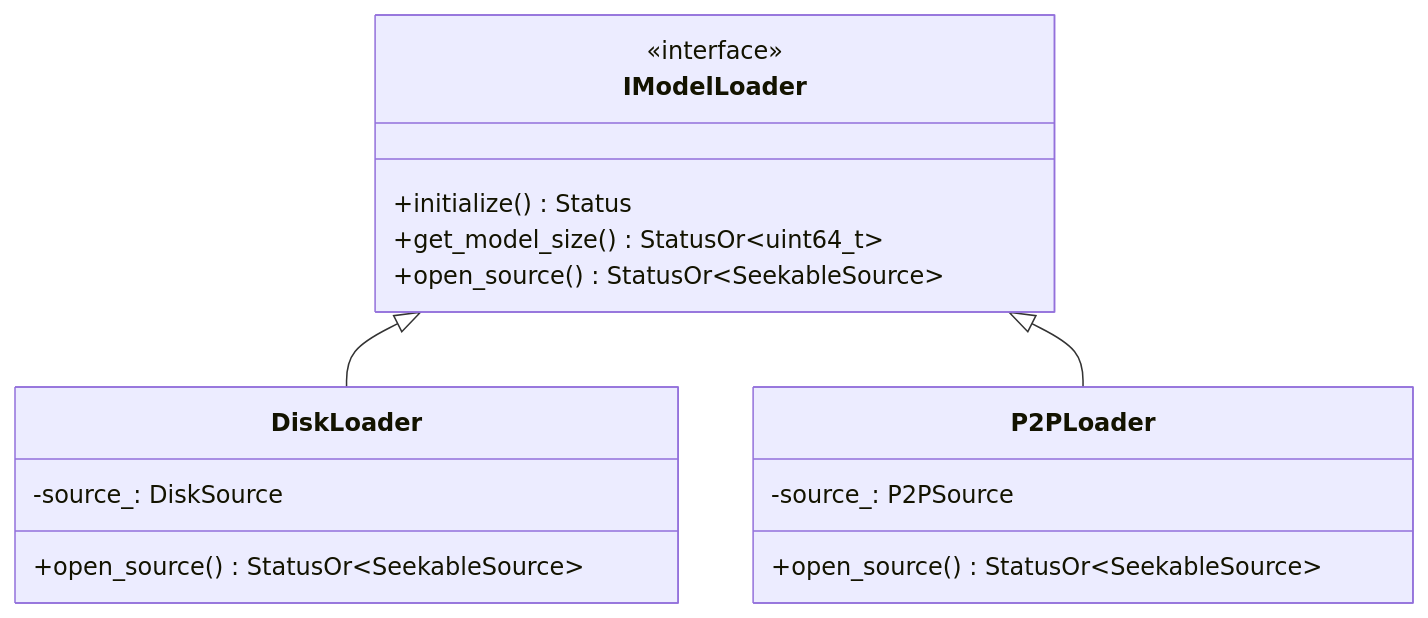
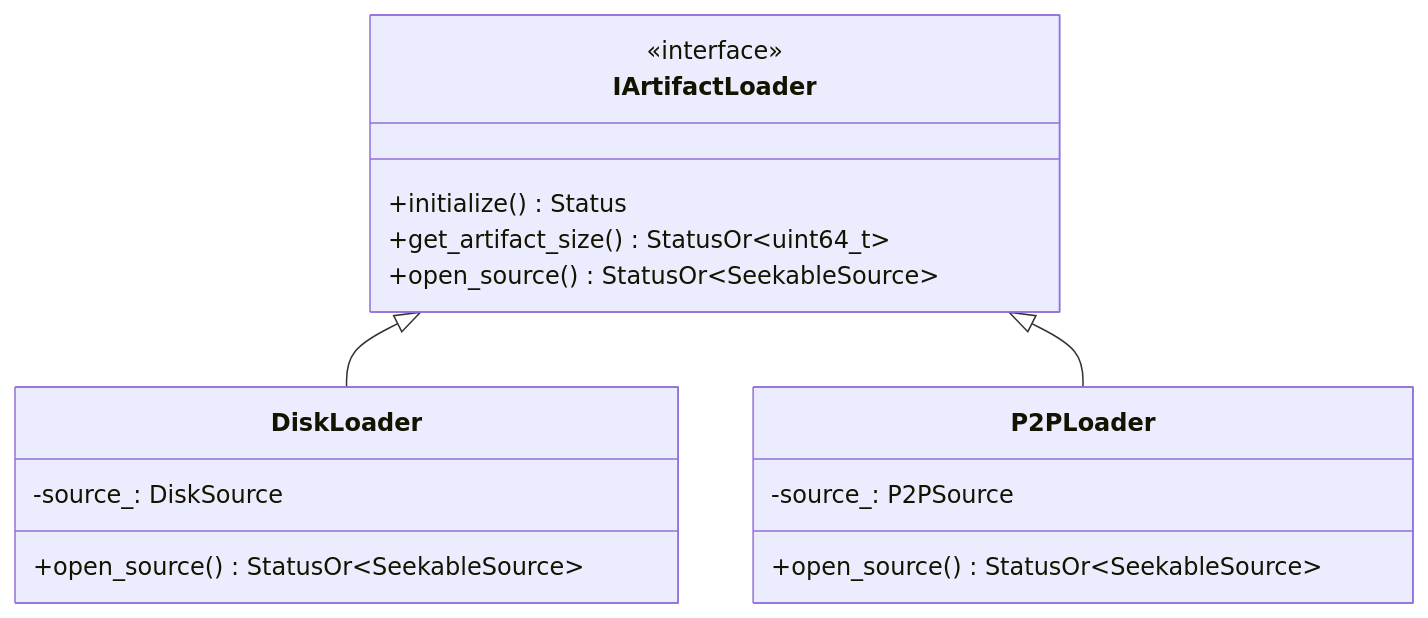
One commit to tensorcast-ai/tensorcast changed the third of 13 diagrams in web-docs/docs/developer-guides/core/store/architecture.md. Above: the diagram before and after it, drawn with Mermaid. The commit also changed other lines of this file and 331 other files, not shown here.

Commit message:
refactor: refactor model to artifact & replica

````diff
--- a/web-docs/docs/developer-guides/core/store/architecture.md
+++ b/web-docs/docs/developer-guides/core/store/architecture.md
@@ -193,22 +193,22 @@
 ```mermaid
 classDiagram
-    class IModelLoader {
+    class IArtifactLoader {
         <<interface>>
         +initialize() Status
-        +get_model_size() StatusOr~uint64_t~
+        +get_artifact_size() StatusOr~uint64_t~
         +open_source() StatusOr~SeekableSource~
     }
 
     class DiskLoader {
         -source_: DiskSource
         +open_source() StatusOr~SeekableSource~
     }
 
     class P2PLoader {
         -source_: P2PSource
         +open_source() StatusOr~SeekableSource~
     }
 
-    IModelLoader <|-- DiskLoader
-    IModelLoader <|-- P2PLoader
+    IArtifactLoader <|-- DiskLoader
+    IArtifactLoader <|-- P2PLoader
 ```
````
